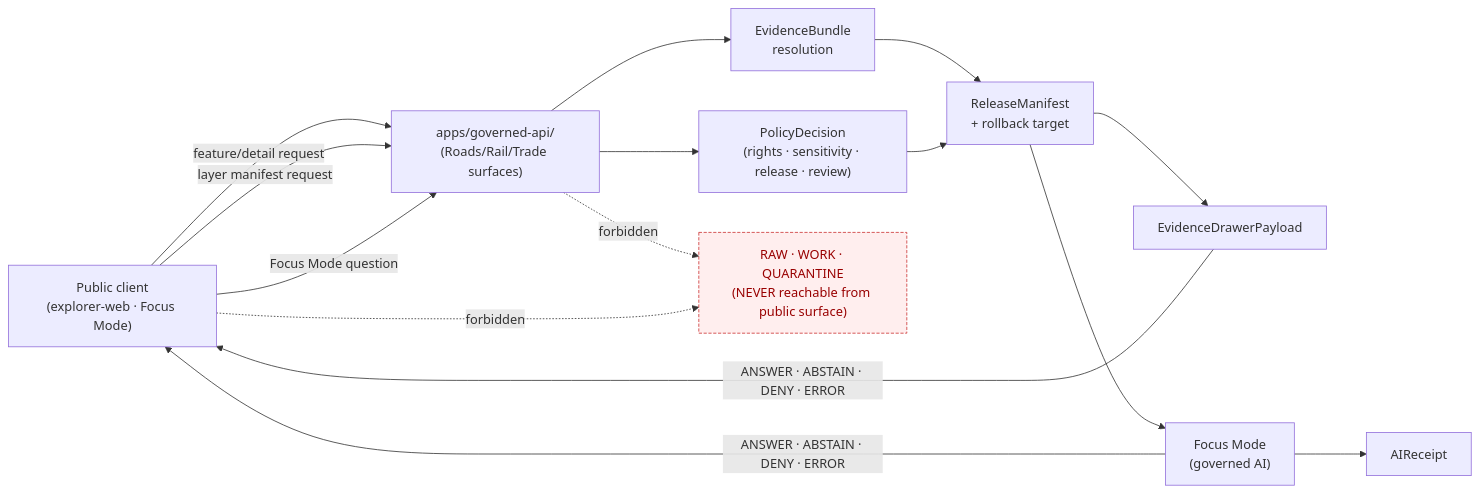
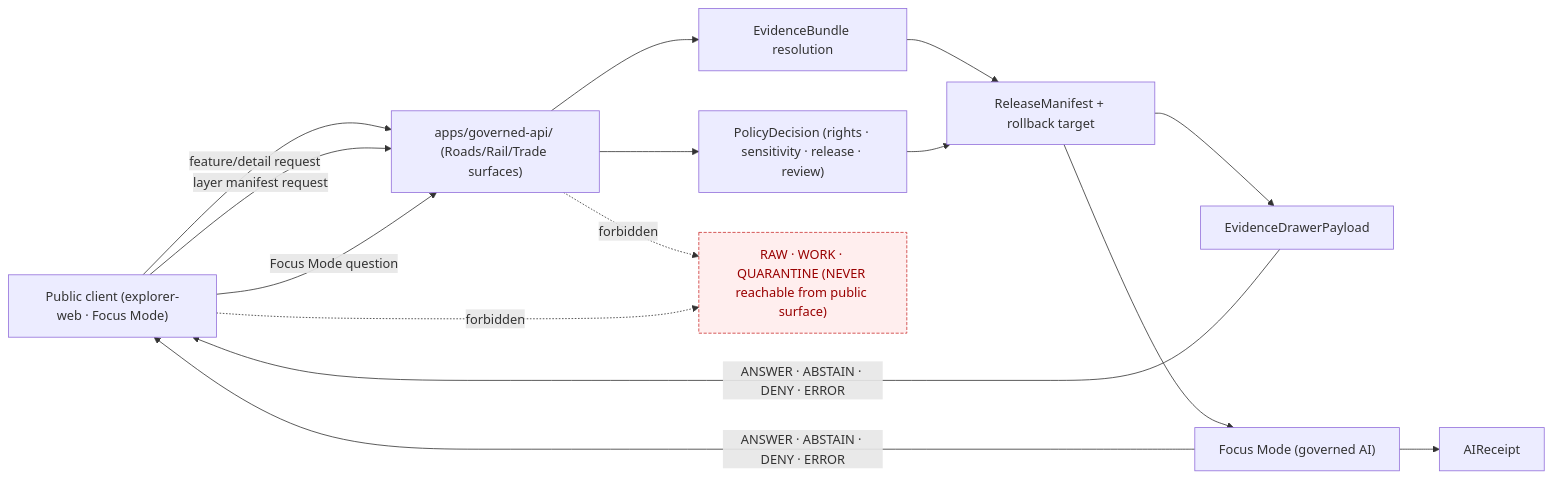
One commit to bartytime4life/Kansas-Frontier-Matrix changed the diagram in docs/domains/roads-rail-trade/API_CONTRACTS.md. Above: the diagram before and after it, drawn with Mermaid. The commit also changed other lines of this file, not shown here.

````diff
--- a/docs/domains/roads-rail-trade/API_CONTRACTS.md
+++ b/docs/domains/roads-rail-trade/API_CONTRACTS.md
@@ -196,32 +209,28 @@
 ```mermaid
 flowchart LR
-    UI["Public client<br/>(explorer-web · Focus Mode)"]
-    GAPI["apps/governed-api/<br/>(Roads/Rail/Trade surfaces)"]
-    POLICY["PolicyDecision<br/>(rights · sensitivity · release · review)"]
-    EVID["EvidenceBundle<br/>resolution"]
-    REL["ReleaseManifest<br/>+ rollback target"]
+    UI["Public client (explorer-web · Focus Mode)"]
+    GAPI["apps/governed-api/ (Roads/Rail/Trade surfaces)"]
+    POLICY["PolicyDecision (rights · sensitivity · release · review)"]
+    EVID["EvidenceBundle resolution"]
+    REL["ReleaseManifest + rollback target"]
     DRAWER["EvidenceDrawerPayload"]
-    AI["Focus Mode<br/>(governed AI)"]
+    AI["Focus Mode (governed AI)"]
     RECEIPT["AIReceipt"]
-    RAW["RAW · WORK · QUARANTINE<br/>(NEVER reachable from public surface)"]
-
+    RAW["RAW · WORK · QUARANTINE (NEVER reachable from public surface)"]
     UI -->|"feature/detail request"| GAPI
     UI -->|"layer manifest request"| GAPI
     UI -->|"Focus Mode question"| GAPI
-
     GAPI --> EVID
     GAPI --> POLICY
     EVID --> REL
     POLICY --> REL
     REL --> DRAWER
     REL --> AI
     AI --> RECEIPT
     DRAWER -->|"ANSWER · ABSTAIN · DENY · ERROR"| UI
     AI -->|"ANSWER · ABSTAIN · DENY · ERROR"| UI
-
-    GAPI -. forbidden .-> RAW
-    UI -. forbidden .-> RAW
-
+    GAPI -. "forbidden" .-> RAW
+    UI -. "forbidden" .-> RAW
     classDef forbid fill:#fee,stroke:#c33,color:#900,stroke-dasharray: 4 2;
     class RAW forbid
 ```
````
